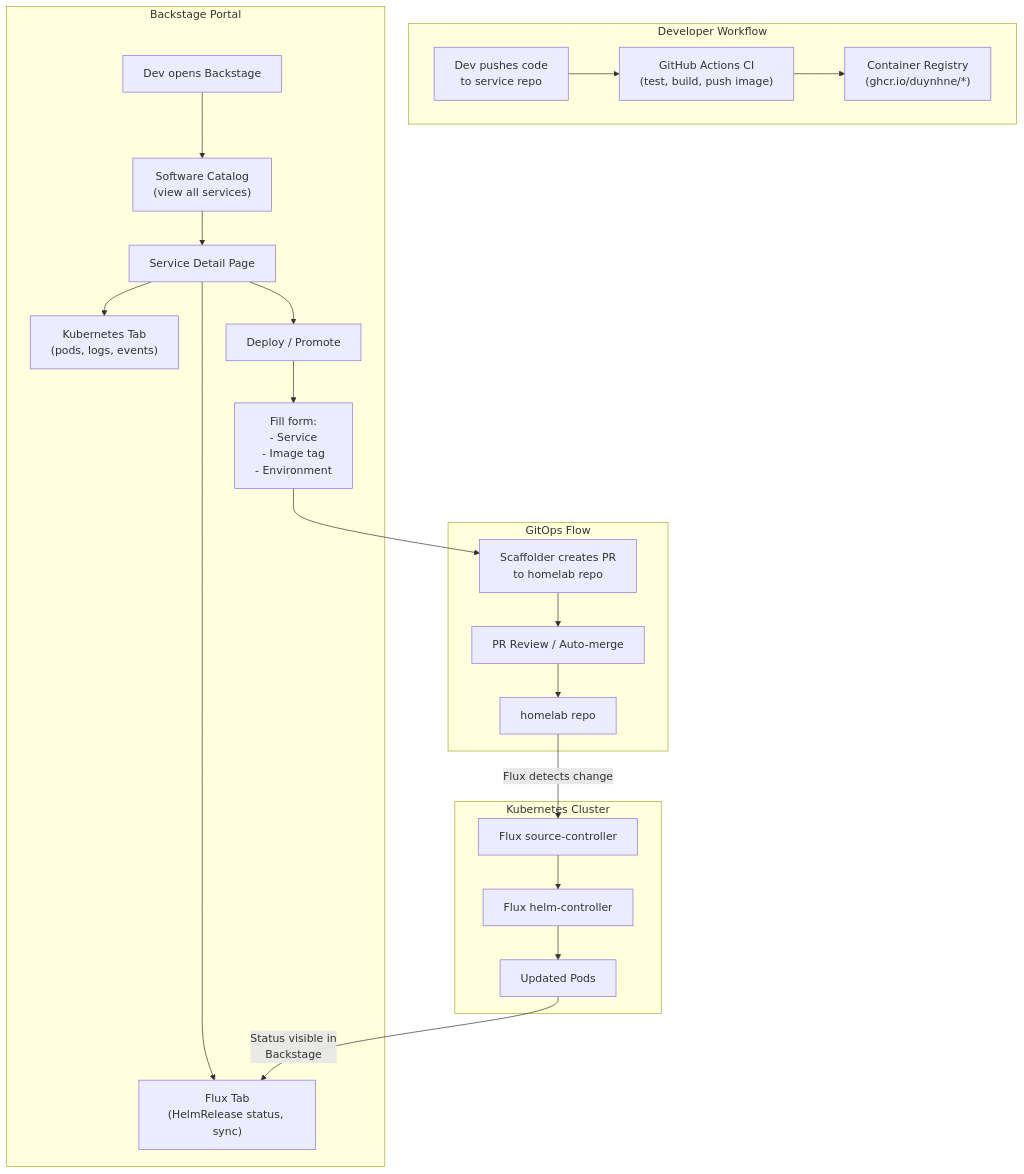
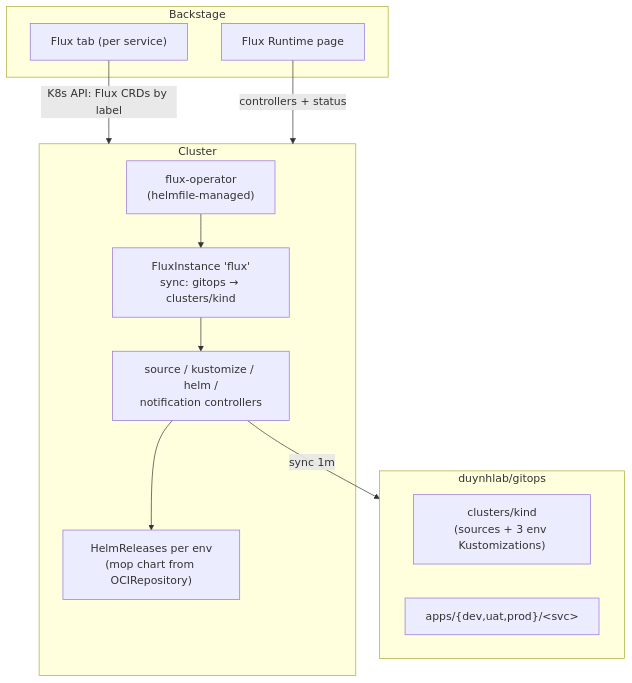
One commit to duynhlab/backstage changed the diagram in docs/flux-integration.md. Above: the diagram before and after it, drawn with Mermaid. The commit also changed other lines of this file and 16 other files, not shown here.

````diff
--- a/docs/flux-integration.md
+++ b/docs/flux-integration.md
@@ -7,40 +7,24 @@
 ```mermaid
 flowchart TD
-    subgraph devWorkflow ["Developer Workflow"]
-        DevPush["Dev pushes code\nto service repo"]
-        CI["GitHub Actions CI\n(test, build, push image)"]
-        Registry["Container Registry\n(ghcr.io/duynhne/*)"]
-        DevPush --> CI --> Registry
+    subgraph gitops ["duynhlab/gitops"]
+        Clusters["clusters/kind\n(sources + 3 env Kustomizations)"]
+        Apps["apps/{dev,uat,prod}/&lt;svc&gt;"]
     end
 
-    subgraph backstagePortal ["Backstage Portal"]
-        Login["Dev opens Backstage"]
-        Catalog["Software Catalog\n(view all services)"]
-        EntityPage["Service Detail Page"]
-        FluxTab["Flux Tab\n(HelmRelease status, sync)"]
-        K8sTab["Kubernetes Tab\n(pods, logs, events)"]
-        DeployBtn["Deploy / Promote"]
-        ScaffolderForm["Fill form:\n- Service\n- Image tag\n- Environment"]
-        Login --> Catalog --> EntityPage
-        EntityPage --> FluxTab
-        EntityPage --> K8sTab
-        EntityPage --> DeployBtn --> ScaffolderForm
+    subgraph cluster ["Cluster"]
+        FluxOp["flux-operator\n(helmfile-managed)"]
+        FI["FluxInstance 'flux'\nsync: gitops → clusters/kind"]
+        Ctrl["source / kustomize / helm /\nnotification controllers"]
+        HR["HelmReleases per env\n(mop chart from OCIRepository)"]
+        FluxOp --> FI --> Ctrl --> HR
     end
 
-    subgraph gitopsFlow ["GitOps Flow"]
-        PR["Scaffolder creates PR\nto homelab repo"]
-        Review["PR Review / Auto-merge"]
-        GitRepo["homelab repo"]
-        ScaffolderForm --> PR --> Review --> GitRepo
+    subgraph backstage ["Backstage"]
+        FluxTab["Flux tab (per service)"]
+        Runtime["Flux Runtime page"]
     end
 
-    subgraph k8sCluster ["Kubernetes Cluster"]
-        FluxSrc["Flux source-controller"]
-        FluxHelm["Flux helm-controller"]
-        Pods["Updated Pods"]
-        GitRepo -->|"Flux detects change"| FluxSrc
-        FluxSrc --> FluxHelm --> Pods
-    end
-
-    Pods -->|"Status visible in\nBackstage"| FluxTab
+    Ctrl -->|"sync 1m"| gitops
+    FluxTab -->|"K8s API: Flux CRDs by label"| cluster
+    Runtime -->|"controllers + status"| cluster
 ```
````
